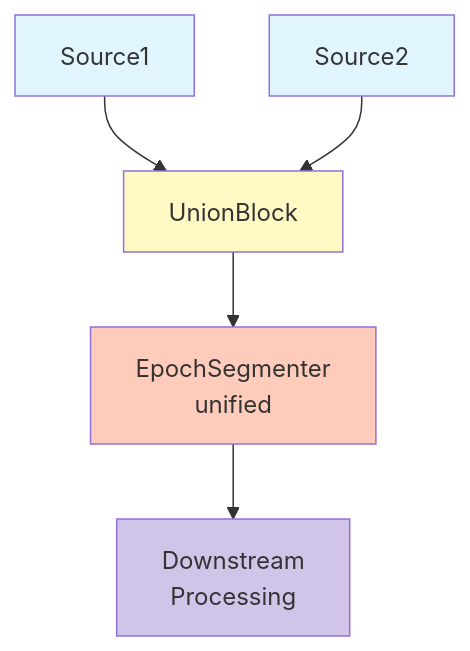
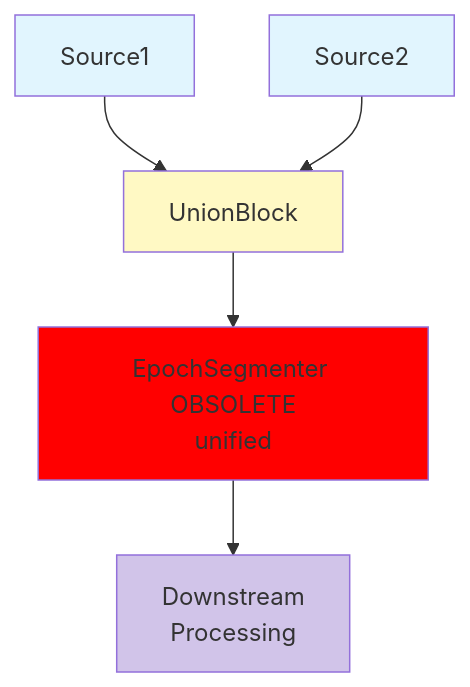
Before and after one commit to dazinator/DataFlow: the second of 4 diagrams in poc/docs/guides/using-epochs.md, drawn with Mermaid. The commit also changed other lines of this file and 3 other files, not shown here.

Commit message:
Update documentation to remove references to obsolete epoch segmentation

````diff
--- a/poc/docs/guides/using-epochs.md
+++ b/poc/docs/guides/using-epochs.md
@@ -400,13 +443,13 @@
 ```mermaid
 flowchart TD
     S1[Source1] --> U[UnionBlock]
     S2[Source2] --> U
-    U --> SEG[EpochSegmenter<br/>unified]
+    U --> SEG[EpochSegmenter OBSOLETE<br/>unified]
     SEG --> DS[Downstream<br/>Processing]
     
     style S1 fill:#e1f5fe
     style S2 fill:#e1f5fe
     style U fill:#fff9c4
-    style SEG fill:#ffccbc
+    style SEG fill:#ff0000
     style DS fill:#d1c4e9
 ```
````
